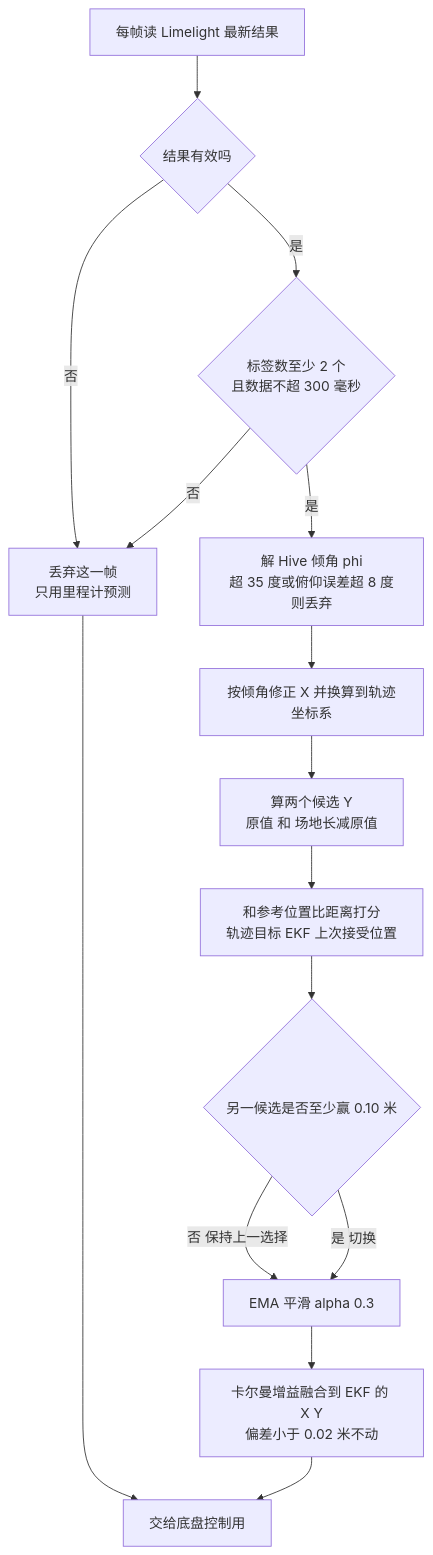
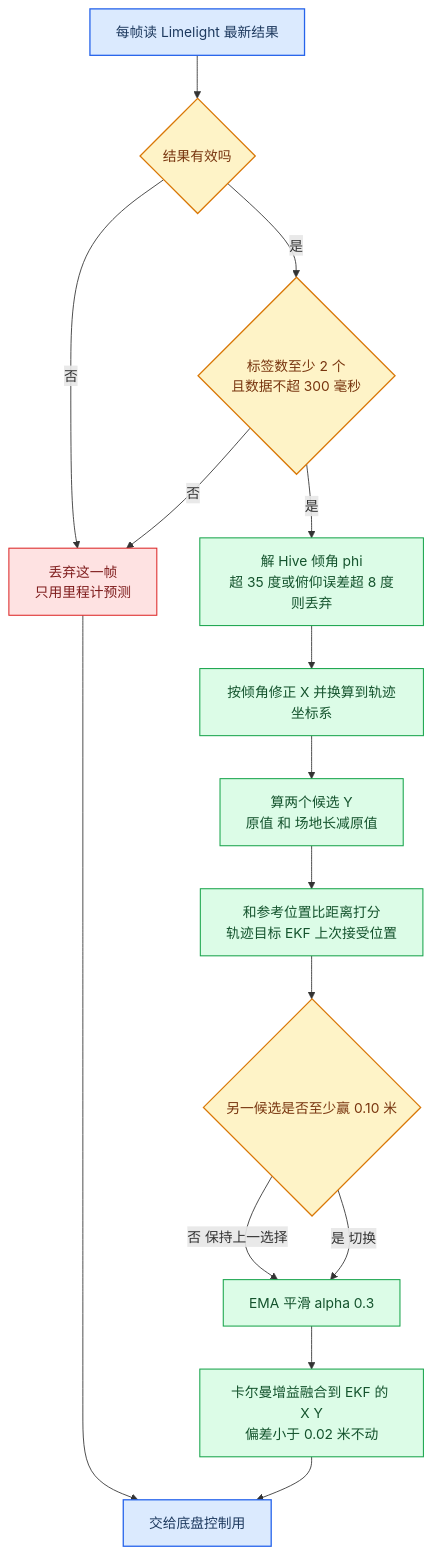
The second of 5 diagrams in README.md (Maxxj333/KeystoneFTC-code), drawn with Mermaid before and after one commit. The commit also changed other lines of this file, not shown here.

Commit message:
Colorize Mermaid flowcharts for drive, vision, mechanisms, autonomous and TeleOp

````diff
--- a/README.md
+++ b/README.md
@@ -50,17 +56,25 @@
 ```mermaid
 flowchart TD
     A["每帧读 Limelight 最新结果"] --> B{"结果有效吗"}
     B -->|"否"| C["丢弃这一帧<br/>只用里程计预测"]
     B -->|"是"| D{"标签数至少 2 个<br/>且数据不超 300 毫秒"}
     D -->|"否"| C
     D -->|"是"| E["解 Hive 倾角 phi<br/>超 35 度或俯仰误差超 8 度则丢弃"]
     E --> F["按倾角修正 X 并换算到轨迹坐标系"]
     F --> G["算两个候选 Y<br/>原值 和 场地长减原值"]
     G --> H["和参考位置比距离打分<br/>轨迹目标 EKF 上次接受位置"]
     H --> I{"另一候选是否至少赢 0.10 米"}
     I -->|"否 保持上一选择"| J["EMA 平滑 alpha 0.3"]
     I -->|"是 切换"| J
     J --> K["卡尔曼增益融合到 EKF 的 X Y<br/>偏差小于 0.02 米不动"]
     K --> L["交给底盘控制用"]
     C --> L
+    classDef start fill:#dbeafe,stroke:#2563eb,stroke-width:1.5px,color:#1e3a5f
+    classDef decision fill:#fef3c7,stroke:#d97706,stroke-width:1.5px,color:#78350f
+    classDef process fill:#dcfce7,stroke:#16a34a,stroke-width:1.2px,color:#14532d
+    classDef discard fill:#fee2e2,stroke:#dc2626,stroke-width:1.2px,color:#7f1d1d
+    class A,L start
+    class B,D,I decision
+    class E,F,G,H,J,K process
+    class C discard
 ```
````
